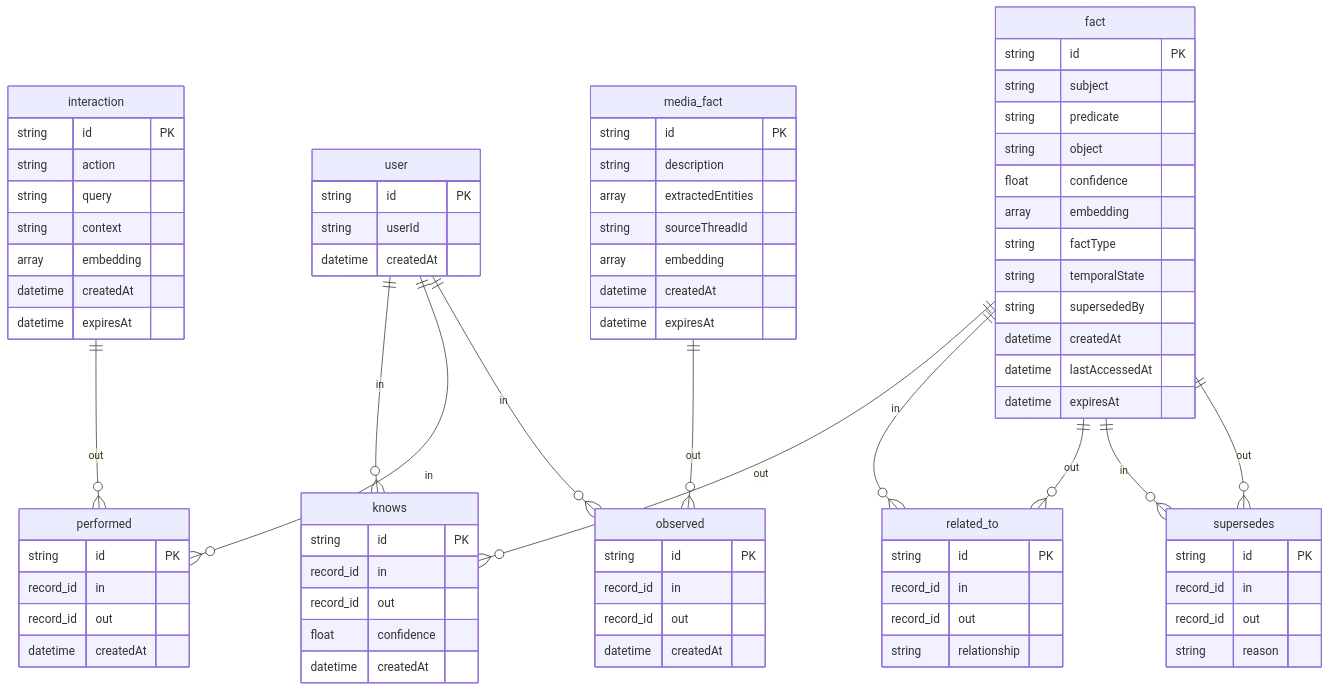
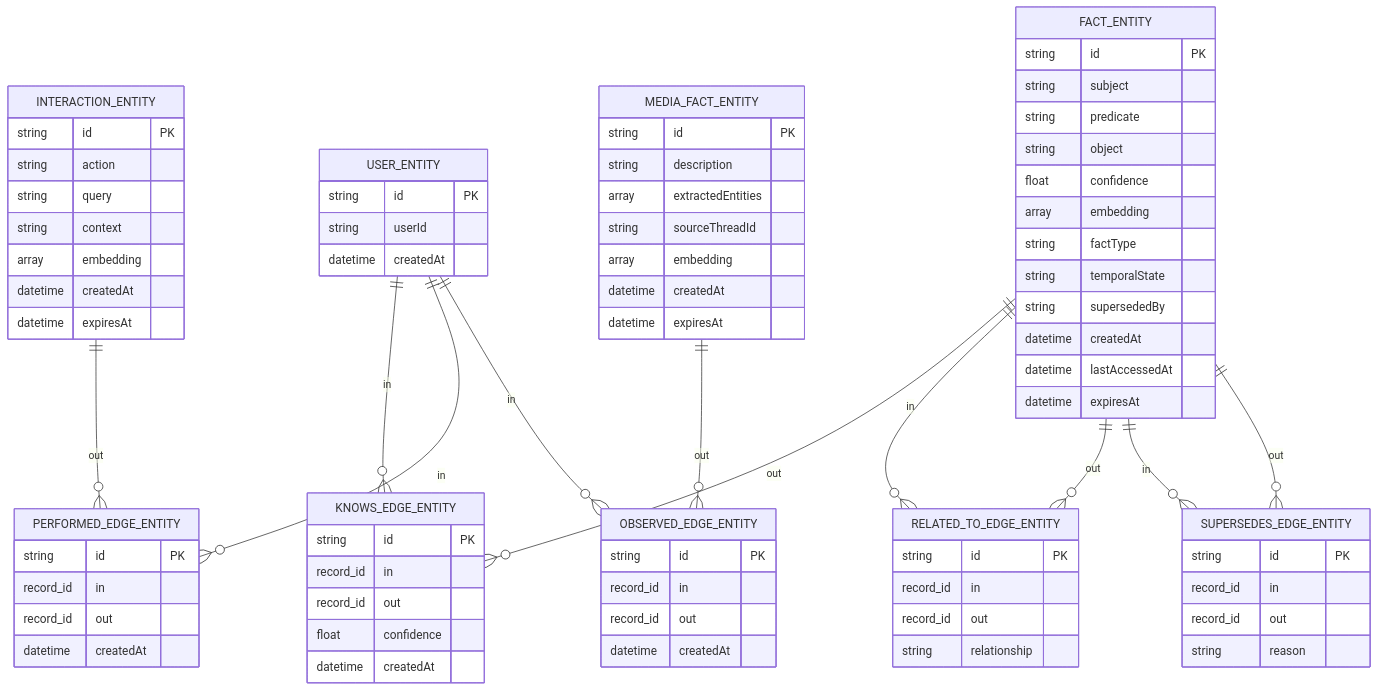
Before and after one commit to 1qh/safeagent: diagram 13 of 34 in plan/07-memory.md, drawn with Mermaid. The commit also changed 7 other files, not shown here.

Commit message:
plan: fix Mermaid node IDs to UPPER_SNAKE across all files

````diff
--- a/plan/07-memory.md
+++ b/plan/07-memory.md
@@ -531,12 +531,12 @@
 ```mermaid
 erDiagram
-    user {
+    USER_ENTITY {
         string id PK
         string userId
         datetime createdAt
     }
 
-    fact {
+    FACT_ENTITY {
         string id PK
         string subject
         string predicate
@@ -551,7 +551,7 @@
         datetime expiresAt
     }
 
-    interaction {
+    INTERACTION_ENTITY {
         string id PK
         string action
         string query
@@ -561,7 +561,7 @@
         datetime expiresAt
     }
 
-    media_fact {
+    MEDIA_FACT_ENTITY {
         string id PK
         string description
         array extractedEntities
@@ -571,7 +571,7 @@
         datetime expiresAt
     }
 
-    knows {
+    KNOWS_EDGE_ENTITY {
         string id PK
         record_id in
         record_id out
@@ -579,42 +579,42 @@
         datetime createdAt
     }
 
-    performed {
+    PERFORMED_EDGE_ENTITY {
         string id PK
         record_id in
         record_id out
         datetime createdAt
     }
 
-    observed {
+    OBSERVED_EDGE_ENTITY {
         string id PK
         record_id in
         record_id out
         datetime createdAt
     }
 
-    related_to {
+    RELATED_TO_EDGE_ENTITY {
         string id PK
         record_id in
         record_id out
         string relationship
     }
 
-    supersedes {
+    SUPERSEDES_EDGE_ENTITY {
         string id PK
         record_id in
         record_id out
         string reason
     }
 
-    user ||--o{ knows : "in"
-    fact ||--o{ knows : "out"
-    user ||--o{ performed : "in"
-    interaction ||--o{ performed : "out"
-    user ||--o{ observed : "in"
-    media_fact ||--o{ observed : "out"
-    fact ||--o{ related_to : "in"
-    fact ||--o{ related_to : "out"
-    fact ||--o{ supersedes : "in"
-    fact ||--o{ supersedes : "out"
+    USER_ENTITY ||--o{ KNOWS_EDGE_ENTITY : "in"
+    FACT_ENTITY ||--o{ KNOWS_EDGE_ENTITY : "out"
+    USER_ENTITY ||--o{ PERFORMED_EDGE_ENTITY : "in"
+    INTERACTION_ENTITY ||--o{ PERFORMED_EDGE_ENTITY : "out"
+    USER_ENTITY ||--o{ OBSERVED_EDGE_ENTITY : "in"
+    MEDIA_FACT_ENTITY ||--o{ OBSERVED_EDGE_ENTITY : "out"
+    FACT_ENTITY ||--o{ RELATED_TO_EDGE_ENTITY : "in"
+    FACT_ENTITY ||--o{ RELATED_TO_EDGE_ENTITY : "out"
+    FACT_ENTITY ||--o{ SUPERSEDES_EDGE_ENTITY : "in"
+    FACT_ENTITY ||--o{ SUPERSEDES_EDGE_ENTITY : "out"
 ```
````
